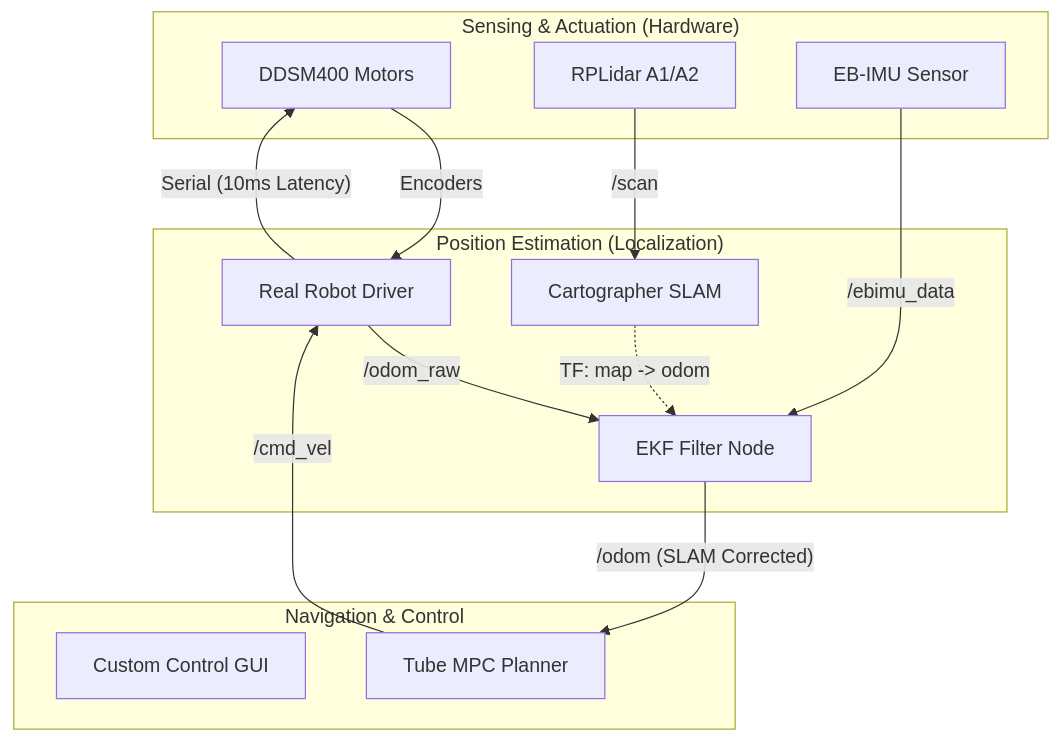
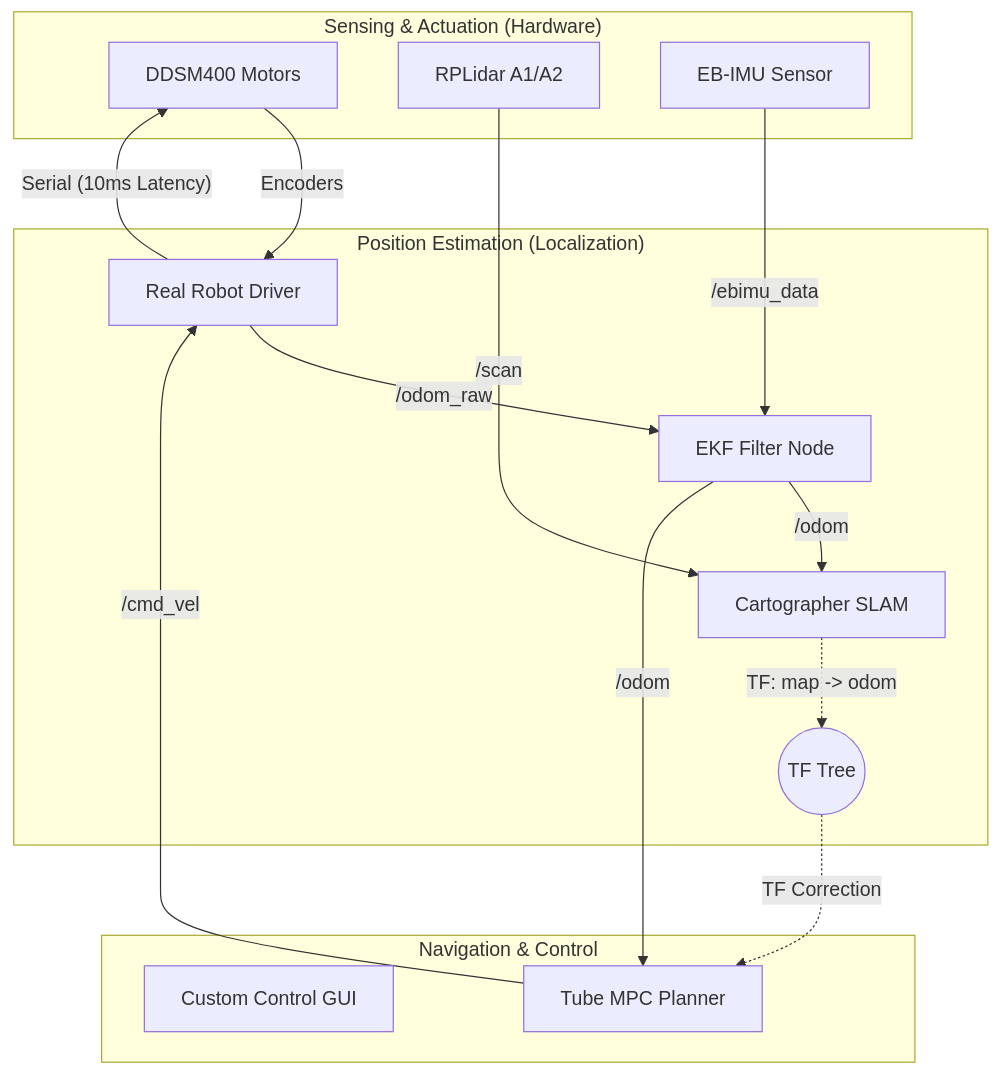
Before and after one commit to jungguck/mobile_robot_proto_type: the diagram in README.md, drawn with Mermaid. The commit also changed other lines of this file, not shown here.

````diff
--- a/README.md
+++ b/README.md
@@ -14,31 +13,35 @@
 ```mermaid
 graph TD
     subgraph "Sensing & Actuation (Hardware)"
         Motor[DDSM400 Motors]
         Lidar[RPLidar A1/A2]
         IMU[EB-IMU Sensor]
     end
 
     subgraph "Position Estimation (Localization)"
         Driver[Real Robot Driver]
         EKF[EKF Filter Node]
         SLAM[Cartographer SLAM]
         
         Motor -->|Encoders| Driver
         Driver -->|"/odom_raw"| EKF
         IMU -->|"/ebimu_data"| EKF
+        
+        %% SLAM Inputs: EKF provides initial guess to SLAM
         Lidar -->|"/scan"| SLAM
+        EKF -->|"/odom"| SLAM
         
-        %% SLAM Correction
-        SLAM -.->|"TF: map -> odom"| EKF
+        %% SLAM Output: Global correction via TF
+        SLAM -.->|"TF: map -> odom"| Global_Tree((TF Tree))
     end
 
     subgraph "Navigation & Control"
         GUI[Custom Control GUI]
         MPC[Tube MPC Planner]
         
-        EKF -->|"/odom (SLAM Corrected)"| MPC
+        EKF -->|"/odom"| MPC
+        Global_Tree -.->|"TF Correction"| MPC
         MPC -->|"/cmd_vel"| Driver
         Driver -->|"Serial (10ms Latency)"| Motor
     end
 ```
````
